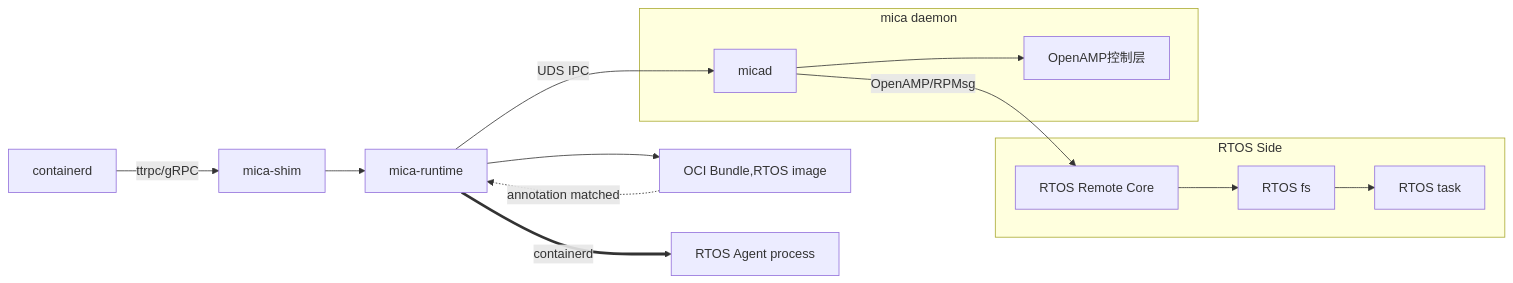
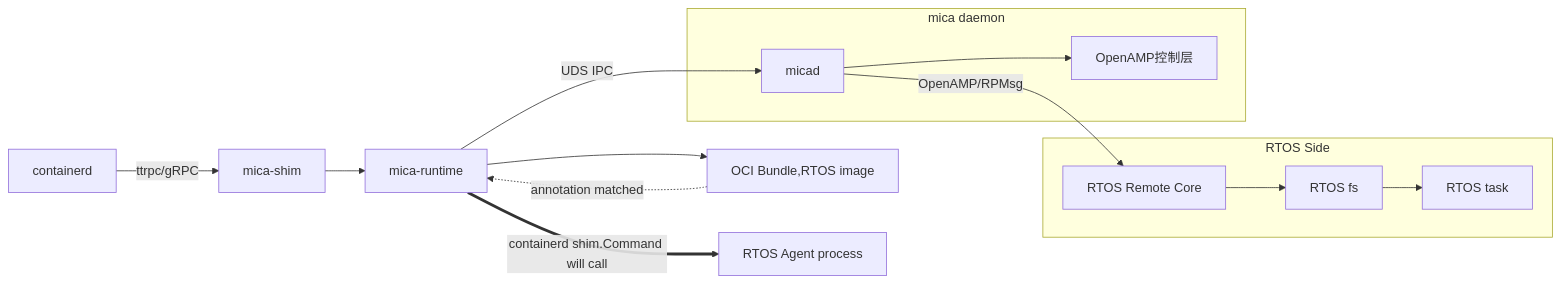
One commit to Egg12138/iodraw-files changed the diagram in all/未命名.md. Above: the diagram before and after it, drawn with Mermaid.

Commit message:
2025-06-21 17:08:43 update

````diff
--- a/all/未命名.md
+++ b/all/未命名.md
@@ -1,19 +1,19 @@
 ```mermaid
 
 graph LR
     CD[containerd] -->|ttrpc/gRPC| S
     S[mica-shim] --> MR
     MR[mica-runtime] -->|UDS IPC| A[micad]
     MR -->C[OCI Bundle,RTOS image]
-    MR ==>|containerd |AG[RTOS Agent process]
+    MR ==>|containerd shim.Command will call|AG[RTOS Agent process]
     A -->|OpenAMP/RPMsg| B[RTOS Remote Core]
     C -.->|annotation matched| MR
     subgraph RTOS Side
         B --> D[RTOS fs] --> E
         E[RTOS task]
     end
     subgraph mica daemon
         A --> F[OpenAMP控制层]
     end
 
 ```
````
